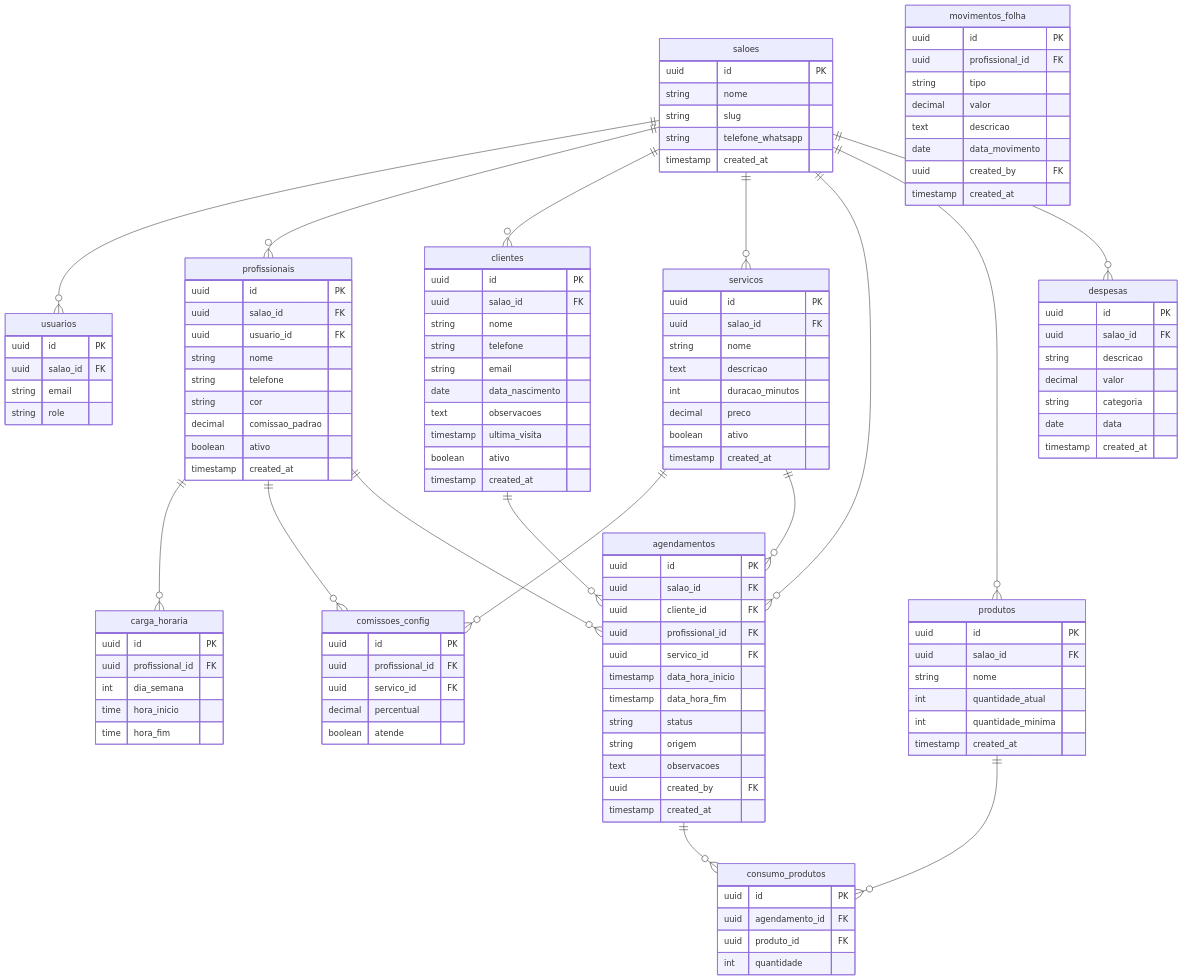
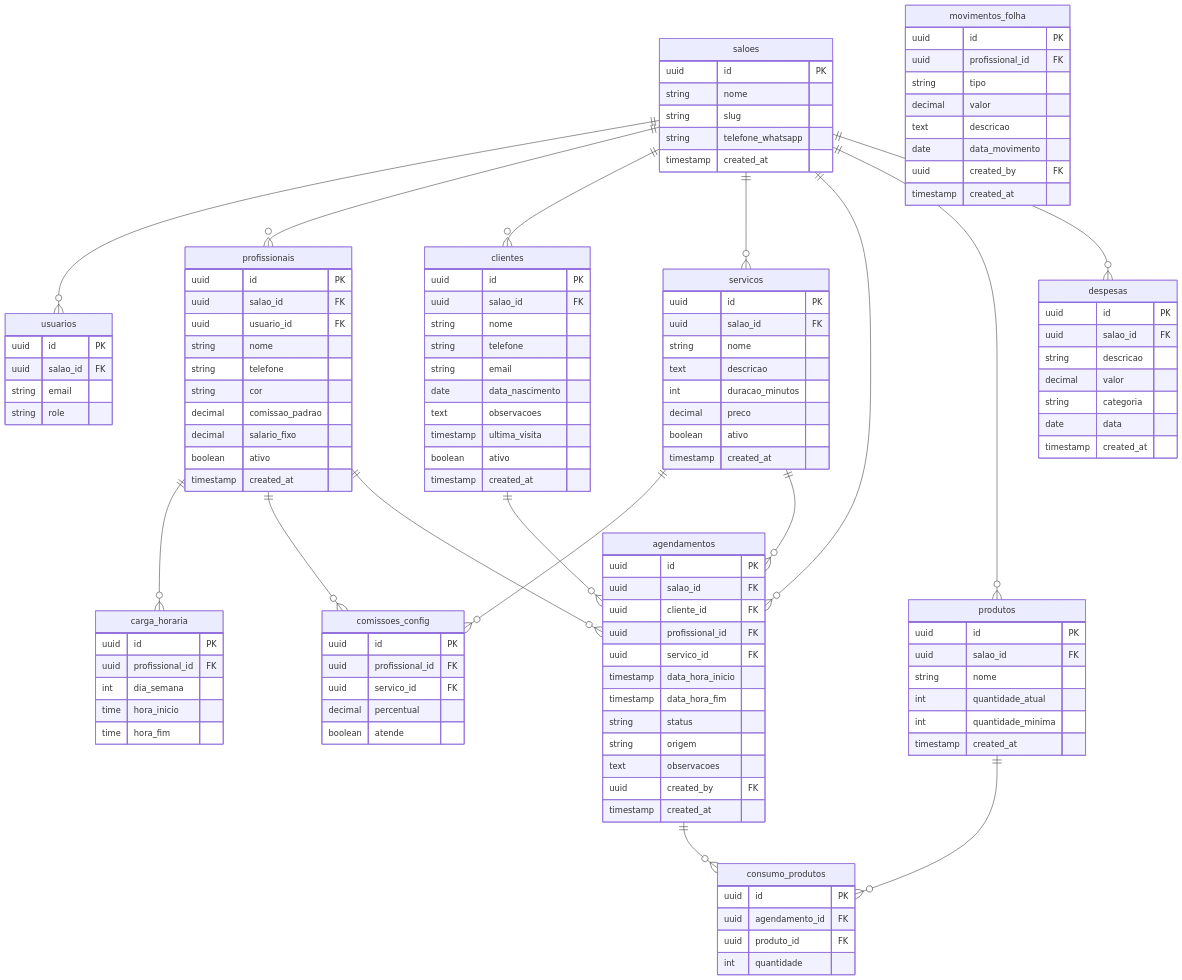
Before and after one commit to DiegoNexa/Nexa: the seventh of 7 diagrams in DIAGRAM.md, drawn with Mermaid. The commit also changed 11 other files, not shown here.

```diff
--- a/DIAGRAM.md
+++ b/DIAGRAM.md
@@ -200,6 +200,7 @@
         string telefone
         string cor
         decimal comissao_padrao
+        decimal salario_fixo
         boolean ativo
         timestamp created_at
     }
```
